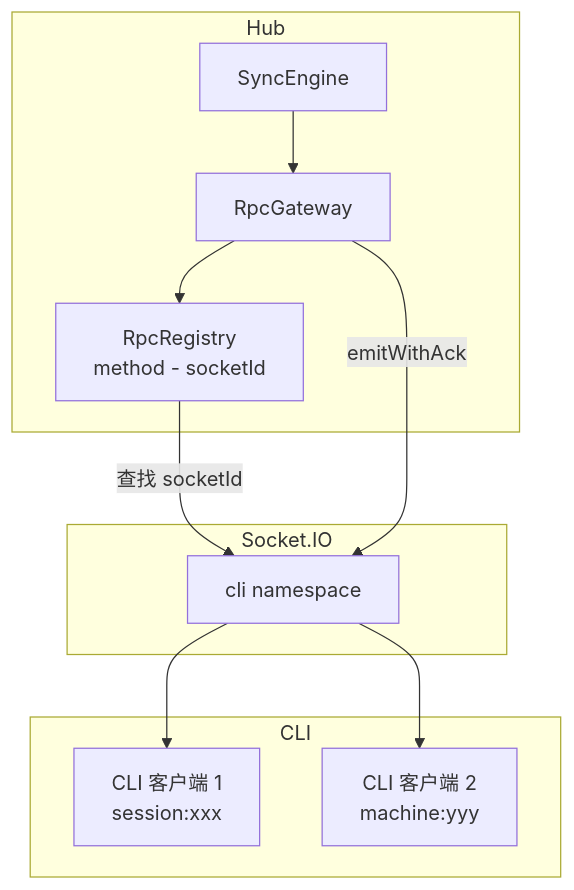
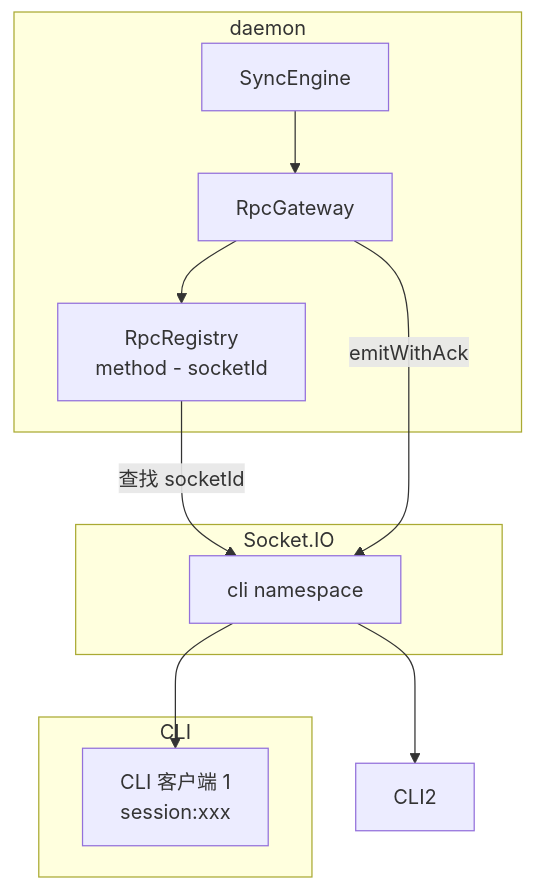
The first of 2 diagrams in docs/architecture/daemon/sync/rpc-gateway.md (ModuBit/mobi), drawn with Mermaid before and after one commit. The commit also changed other lines of this file and 86 other files, not shown here.

First line of the commit message:
remove-machine 603: 文档与 ADR 收尾——ADR 0011 + 架构文档全量去 hub/runner/machine 词汇

````diff
--- a/docs/architecture/daemon/sync/rpc-gateway.md
+++ b/docs/architecture/daemon/sync/rpc-gateway.md
@@ -11,24 +11,23 @@
 ```mermaid
 flowchart TB
-    subgraph Hub
+    subgraph daemon
         SyncEngine[SyncEngine]
         RpcGateway[RpcGateway]
         RpcRegistry[RpcRegistry<br/>method - socketId]
     end
 
     subgraph SocketIO[Socket.IO]
         NS[cli namespace]
     end
 
     subgraph CLI
         CLI1[CLI 客户端 1<br/>session:xxx]
-        CLI2[CLI 客户端 2<br/>machine:yyy]
     end
 
     SyncEngine --> RpcGateway
     RpcGateway --> RpcRegistry
     RpcRegistry -->|查找 socketId| NS
     RpcGateway -->|emitWithAck| NS
     NS --> CLI1
     NS --> CLI2
 ```
````
